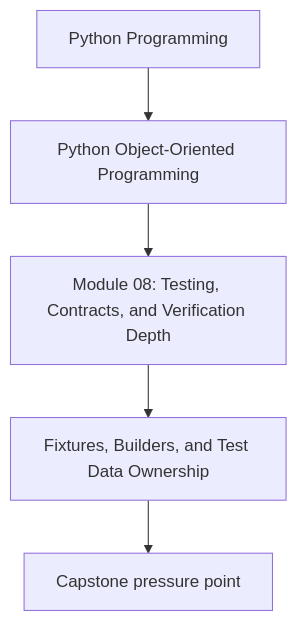
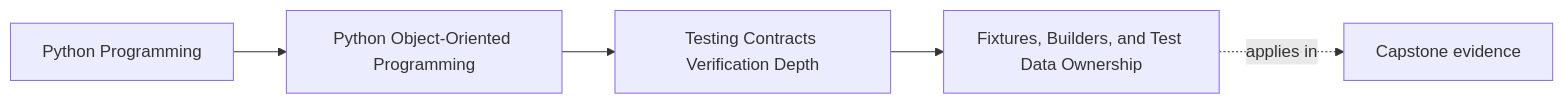
One commit to bijux/bijux-masterclass changed the first of 2 diagrams in programs/python-programming/python-object-oriented-programming/course-book/module-08-testing-contracts-verification-depth/fixtures-builders-and-test-data-ownership.md. Above: the diagram before and after it, drawn with Mermaid. The commit also changed other lines of this file and 103 other files, not shown here.

Commit message:
docs(python-object-oriented-programming): map sustainment and capstone surfaces

````diff
--- a/programs/python-programming/python-object-oriented-programming/course-book/module-08-testing-contracts-verification-depth/fixtures-builders-and-test-data-ownership.md
+++ b/programs/python-programming/python-object-oriented-programming/course-book/module-08-testing-contracts-verification-depth/fixtures-builders-and-test-data-ownership.md
@@ -7,7 +7,11 @@
 ```mermaid
-flowchart TD
-  family["Python Programming"] --> program["Python Object-Oriented Programming"]
-  program --> module["Module 08: Testing, Contracts, and Verification Depth"]
-  module --> concept["Fixtures, Builders, and Test Data Ownership"]
-  concept --> capstone["Capstone pressure point"]
+graph LR
+  family["Python Programming"]
+  program["Python Object-Oriented Programming"]
+  section["Testing Contracts Verification Depth"]
+  page["Fixtures, Builders, and Test Data Ownership"]
+  capstone["Capstone evidence"]
+
+  family --> program --> section --> page
+  page -.applies in.-> capstone
 ```
````
